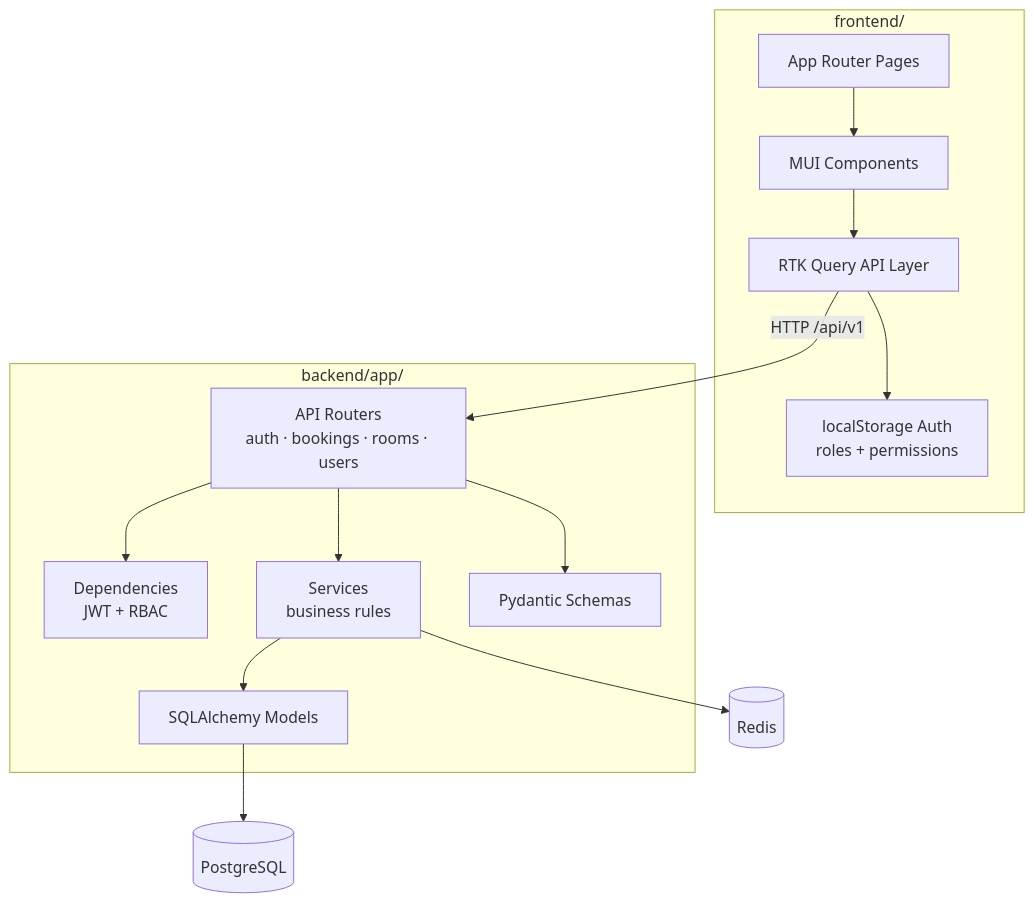
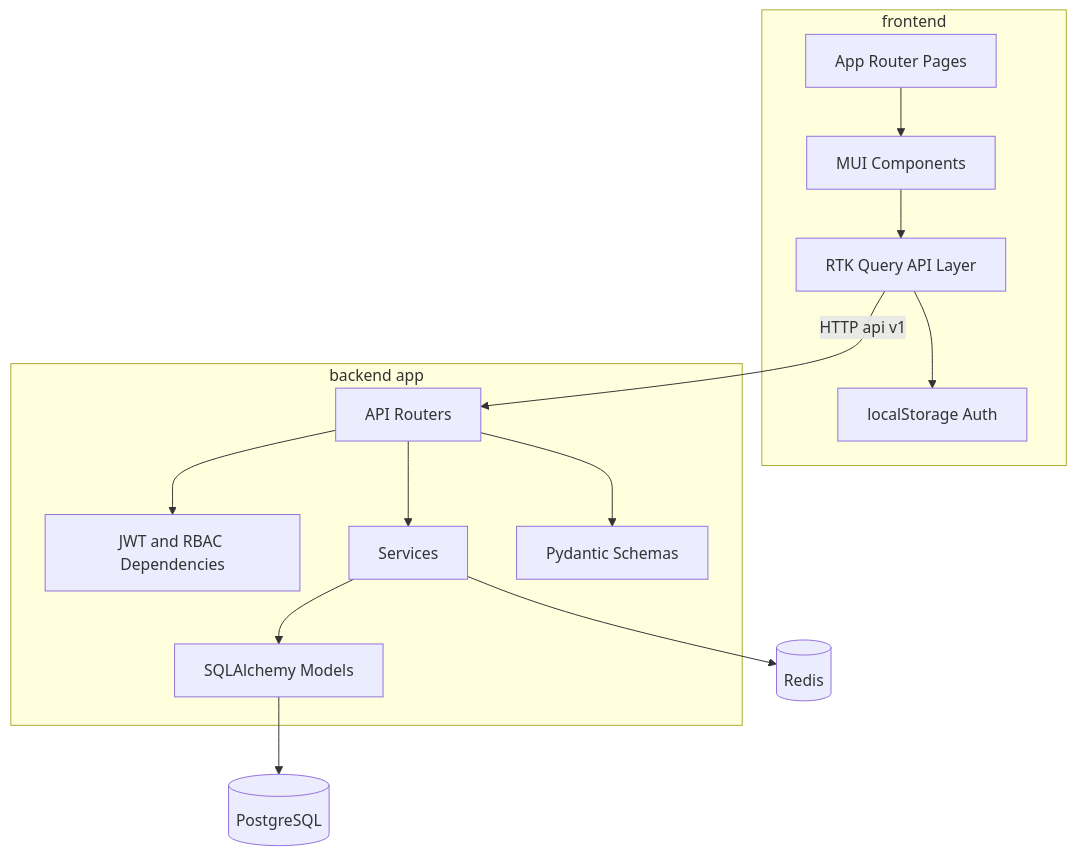
Before and after one commit to gnanavi030/booking-system: the third of 17 diagrams in Readme.md, drawn with Mermaid. The commit also changed other lines of this file, not shown here.

````diff
--- a/Readme.md
+++ b/Readme.md
@@ -163,28 +163,28 @@
 ```mermaid
 flowchart TB
-    subgraph Frontend["frontend/"]
+    subgraph Frontend[frontend]
         Pages[App Router Pages]
         UI[MUI Components]
         RTK[RTK Query API Layer]
-        AuthFE[localStorage Auth<br/>roles + permissions]
+        AuthFE[localStorage Auth]
         Pages --> UI
         UI --> RTK
         RTK --> AuthFE
     end
 
-    subgraph Backend["backend/app/"]
-        API[API Routers<br/>auth · bookings · rooms · users]
-        Deps[Dependencies<br/>JWT + RBAC]
-        Svc[Services<br/>business rules]
+    subgraph Backend[backend app]
+        API[API Routers]
+        Deps[JWT and RBAC Dependencies]
+        Svc[Services]
         Models[SQLAlchemy Models]
         Schemas[Pydantic Schemas]
         API --> Deps
         API --> Schemas
         API --> Svc
         Svc --> Models
     end
 
-    RTK -->|HTTP /api/v1| API
+    RTK -->|HTTP api v1| API
     Models --> PG[(PostgreSQL)]
     Svc --> RD[(Redis)]
 ```
````
